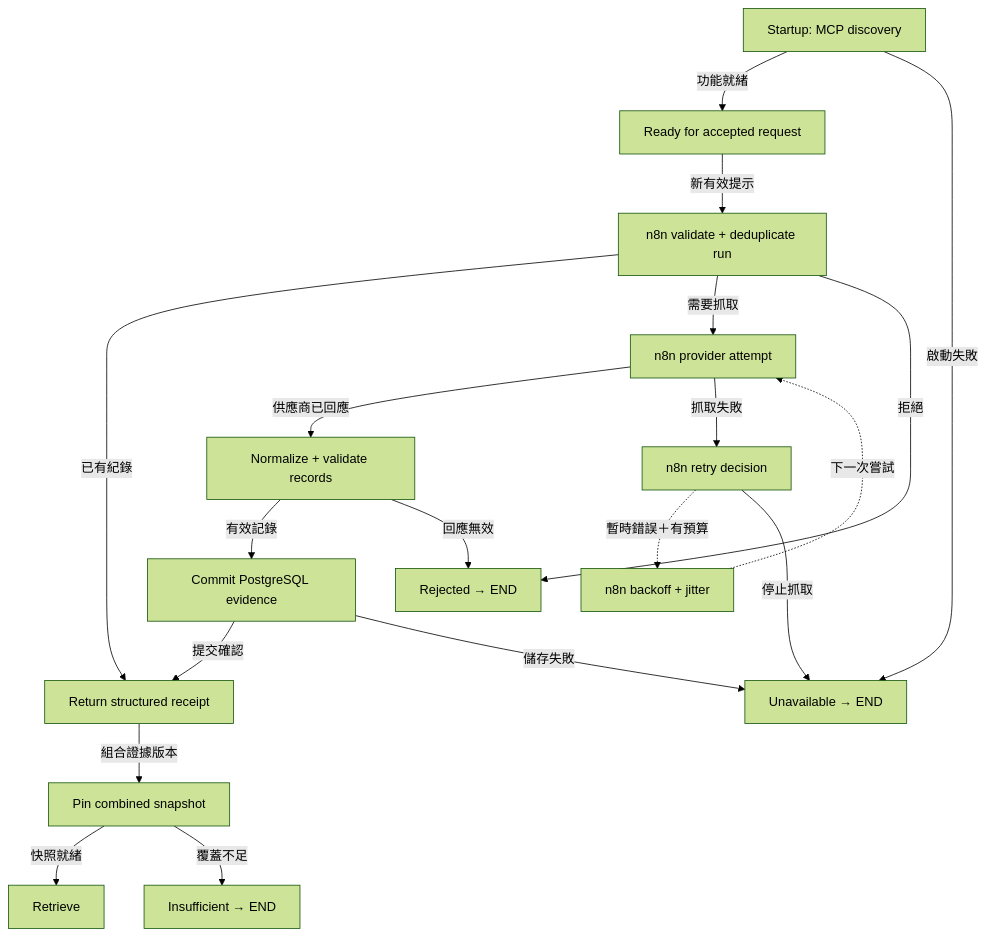
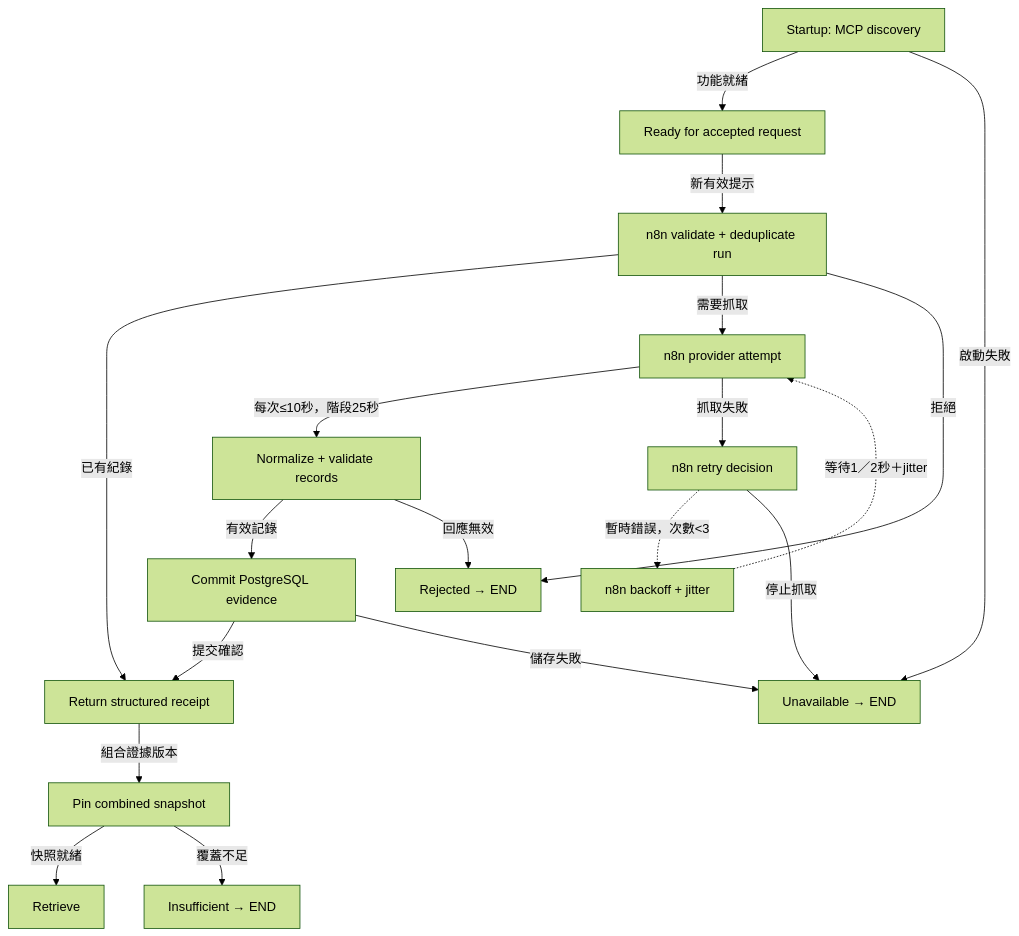
One commit to ByronHo68/ai-learning-academy changed the diagram in public/downloads/finance-diagrams/sources-zh.mmd. Above: the diagram before and after it, drawn with Mermaid (forest theme). The commit also changed 35 other files, not shown here.

```diff
--- a/public/downloads/finance-diagrams/sources-zh.mmd
+++ b/public/downloads/finance-diagrams/sources-zh.mmd
@@ -1,33 +1,33 @@
 flowchart TD
   n0["Startup: MCP discovery"]
   n1["Ready for accepted request"]
   n2["Unavailable → END"]
   n3["n8n validate + deduplicate run"]
   n4["Return structured receipt"]
   n5["n8n provider attempt"]
   n6["Rejected → END"]
   n7["Normalize + validate records"]
   n8["n8n retry decision"]
   n9["n8n backoff + jitter"]
   n10["Commit PostgreSQL evidence"]
   n11["Pin combined snapshot"]
   n12["Retrieve"]
   n13["Insufficient → END"]
   n0 -- "功能就緒" --> n1
   n0 -- "啟動失敗" --> n2
   n1 -- "新有效提示" --> n3
   n3 -- "已有紀錄" --> n4
   n3 -- "需要抓取" --> n5
   n3 -- "拒絕" --> n6
-  n5 -- "供應商已回應" --> n7
+  n5 -- "每次≤10秒，階段25秒" --> n7
   n5 -- "抓取失敗" --> n8
-  n8 -. "暫時錯誤＋有預算" .-> n9
-  n9 -. "下一次嘗試" .-> n5
+  n8 -. "暫時錯誤，次數<3" .-> n9
+  n9 -. "等待1／2秒＋jitter" .-> n5
   n8 -- "停止抓取" --> n2
   n7 -- "有效記錄" --> n10
   n7 -- "回應無效" --> n6
   n10 -- "提交確認" --> n4
   n10 -- "儲存失敗" --> n2
   n4 -- "組合證據版本" --> n11
   n11 -- "快照就緒" --> n12
   n11 -- "覆蓋不足" --> n13
```
